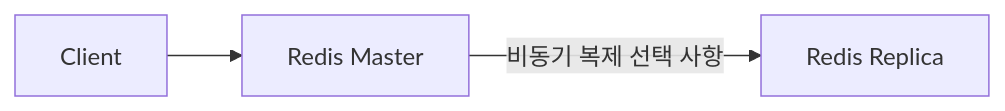
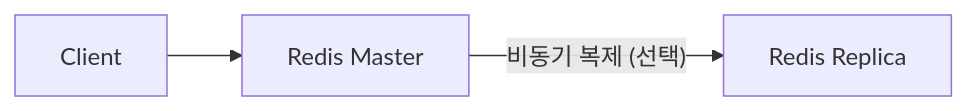
One commit to yjkim2015/yjkim2015.github.io changed the first of 6 diagrams in _posts/redis/2026-05-01-redis-cluster-sentinel.md. Above: the diagram before and after it, drawn with Mermaid. The commit also changed other lines of this file and 122 other files, not shown here.

````diff
--- a/_posts/redis/2026-05-01-redis-cluster-sentinel.md
+++ b/_posts/redis/2026-05-01-redis-cluster-sentinel.md
@@ -32,5 +28,5 @@
 ```mermaid
 graph LR
-    C[Client] --> M[Redis Master]
-    M -->|비동기 복제 선택 사항| R[Redis Replica]
+    C["Client"] --> M["Redis Master"]
+    M -->|"비동기 복제 (선택)"| R["Redis Replica"]
 ```
````
